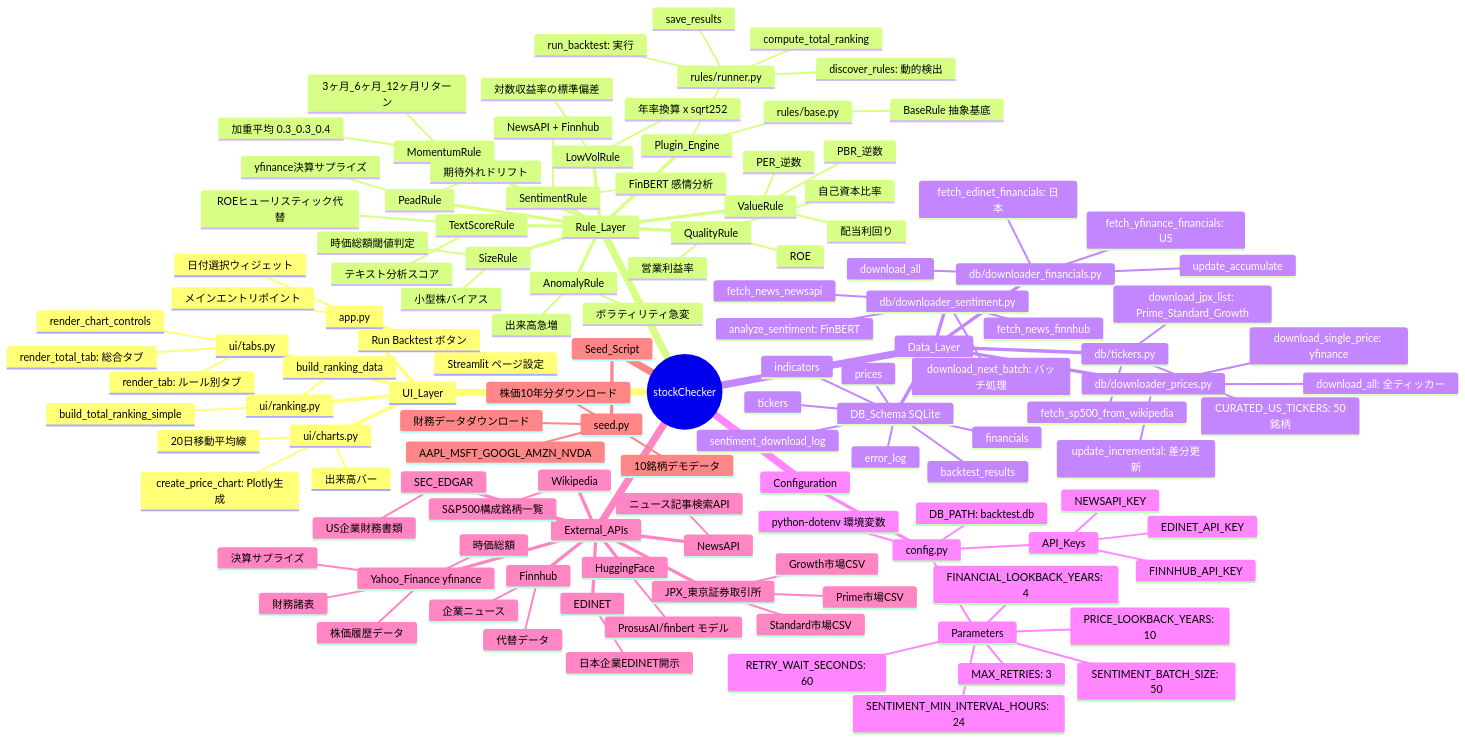
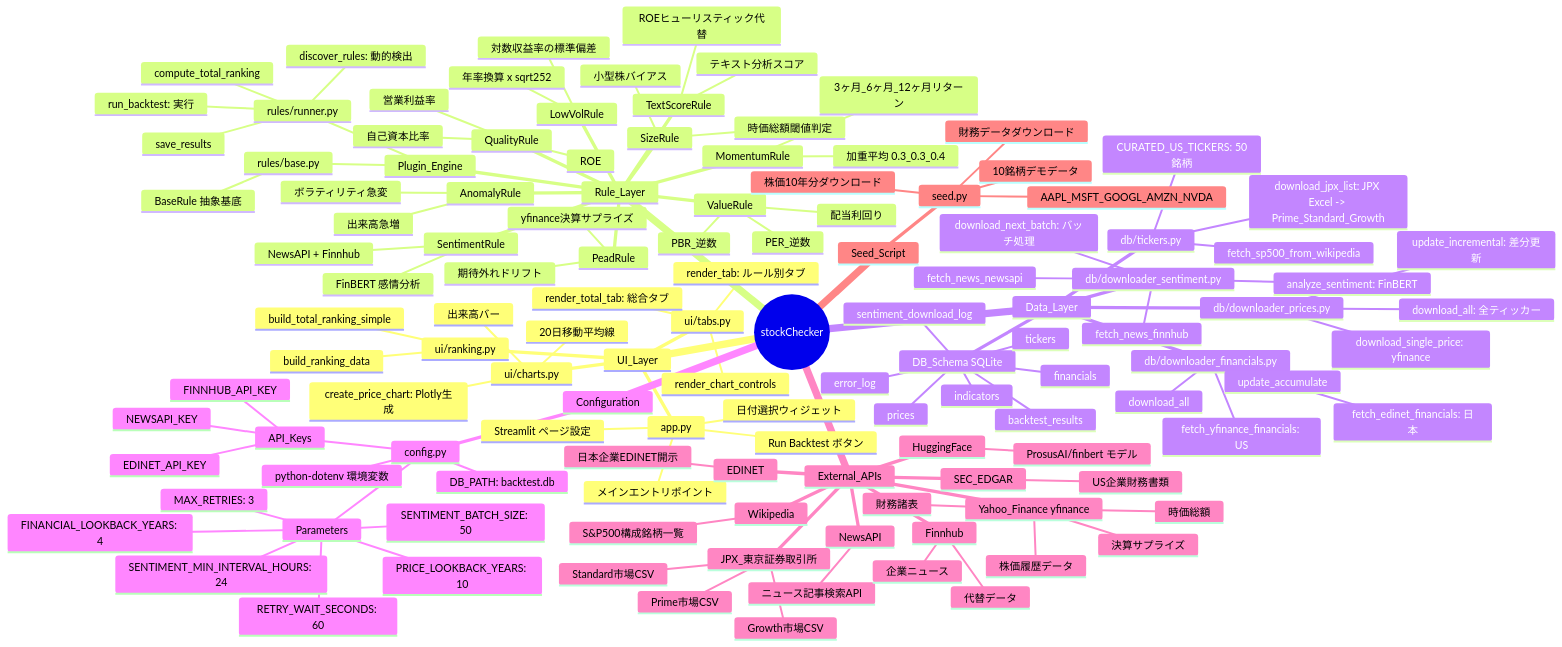
One commit to t-tani-it/stockChecker changed the diagram in diagrams/04_mindmap.md. Above: the diagram before and after it, drawn with Mermaid. The commit also changed 15 other files, not shown here.

```diff
--- a/diagrams/04_mindmap.md
+++ b/diagrams/04_mindmap.md
@@ -68,7 +68,7 @@
         sentiment_download_log
         error_log
       db/tickers.py
-        download_jpx_list: Prime_Standard_Growth
+        download_jpx_list: JPX Excel -> Prime_Standard_Growth
         fetch_sp500_from_wikipedia
         CURATED_US_TICKERS: 50銘柄
       db/downloader_prices.py
```
